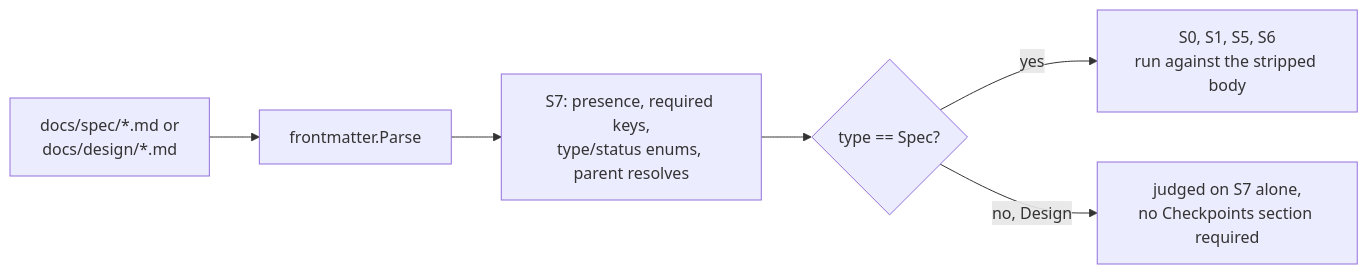
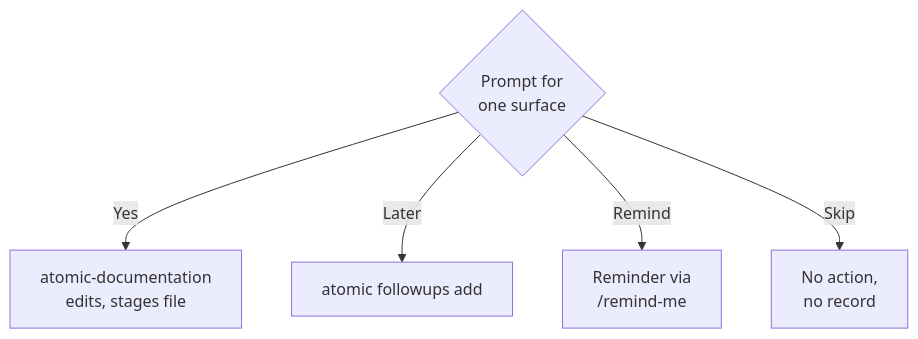
Before and after one commit to damusix/atomic-claude: the second of 5 diagrams in docs/wiki/docs-meta.md, drawn with Mermaid. The commit also changed other lines of this file and 19 other files, not shown here.

````diff
--- a/docs/wiki/docs-meta.md
+++ b/docs/wiki/docs-meta.md
@@ -99,8 +58,8 @@
 ```mermaid
-flowchart LR
-    F["docs/spec/*.md or<br/>docs/design/*.md"] --> P["frontmatter.Parse"]
-    P --> S7["S7: presence, required keys,<br/>type/status enums, parent resolves"]
-    S7 --> T{"type == Spec?"}
-    T -->|yes| R["S0, S1, S5, S6<br/>run against the stripped body"]
-    T -->|no, Design| N["judged on S7 alone,<br/>no Checkpoints section required"]
+flowchart TD
+    %% source: context/_partials/doc-impact.md, context/skills/atomic-documentation/SKILL.md
+    P{"Prompt for<br/>one surface"} -->|Yes| E["atomic-documentation<br/>edits, stages file"]
+    P -->|Later| F["atomic followups add"]
+    P -->|Remind| R["Reminder via<br/>/remind-me"]
+    P -->|Skip| N["No action,<br/>no record"]
 ```
````
